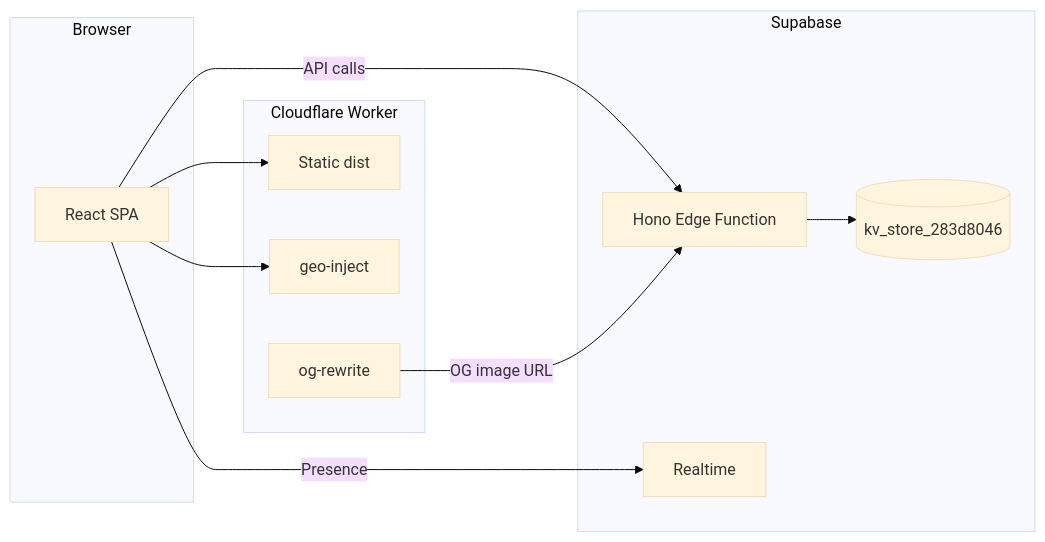
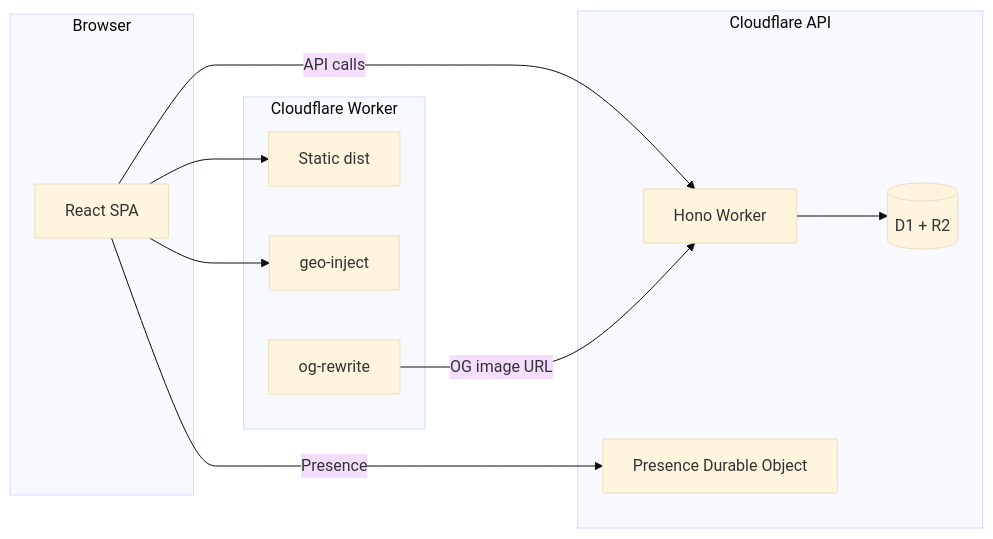
One commit to harvouscom/heresmychurch changed the first of 2 diagrams in docs/ARCHITECTURE.md. Above: the diagram before and after it, drawn with Mermaid (base theme). The commit also changed other lines of this file and 22 other files, not shown here.

````diff
--- a/docs/ARCHITECTURE.md
+++ b/docs/ARCHITECTURE.md
@@ -35,22 +35,22 @@
 ```mermaid
 flowchart LR
   subgraph browser [Browser]
     SPA[React SPA]
   end
   subgraph netlify [Cloudflare Worker]
     Static[Static dist]
     GeoInject[geo-inject]
     OGRewrite[og-rewrite]
   end
-  subgraph supabase [Supabase]
-    Edge[Hono Edge Function]
-    KV[(kv_store_283d8046)]
-    Realtime[Realtime]
+  subgraph cloudflare [Cloudflare API]
+    Edge[Hono Worker]
+    KV[(D1 + R2)]
+    Realtime[Presence Durable Object]
   end
   SPA --> Static
   SPA --> GeoInject
   SPA -->|"API calls"| Edge
   SPA -->|"Presence"| Realtime
   Edge --> KV
   OGRewrite -->|"OG image URL"| Edge
 ```
````
